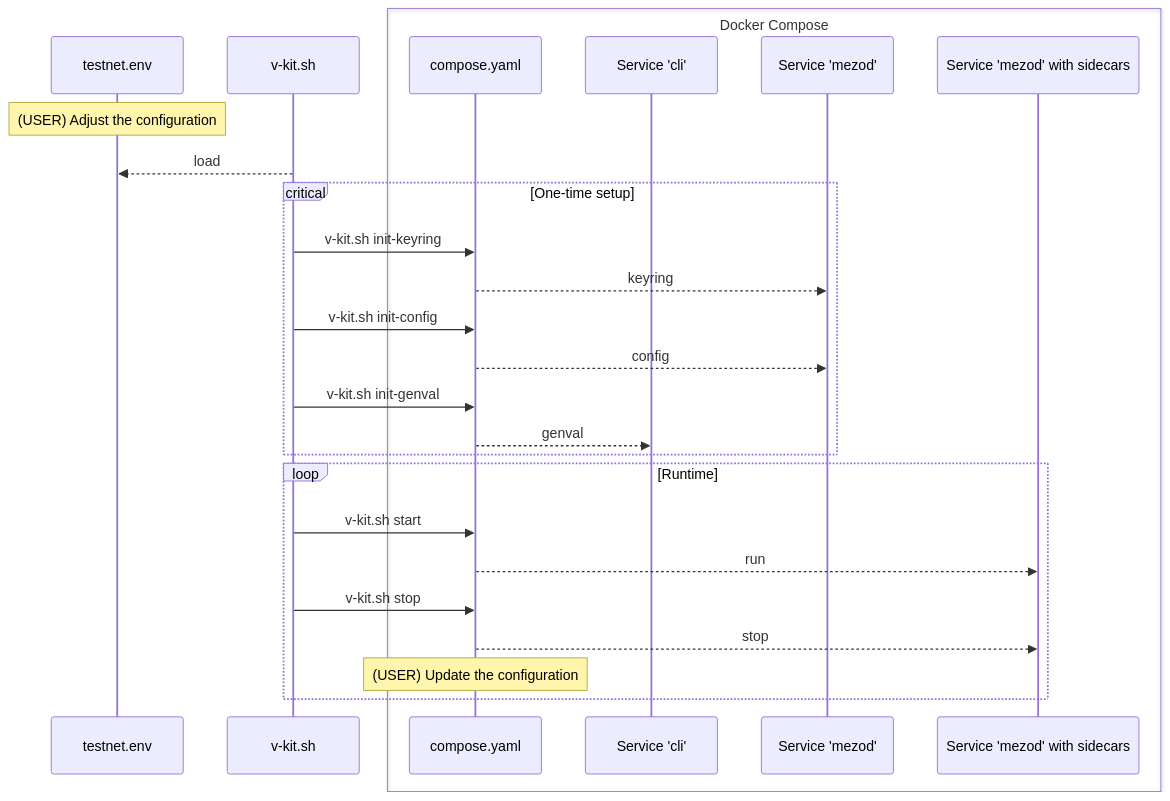
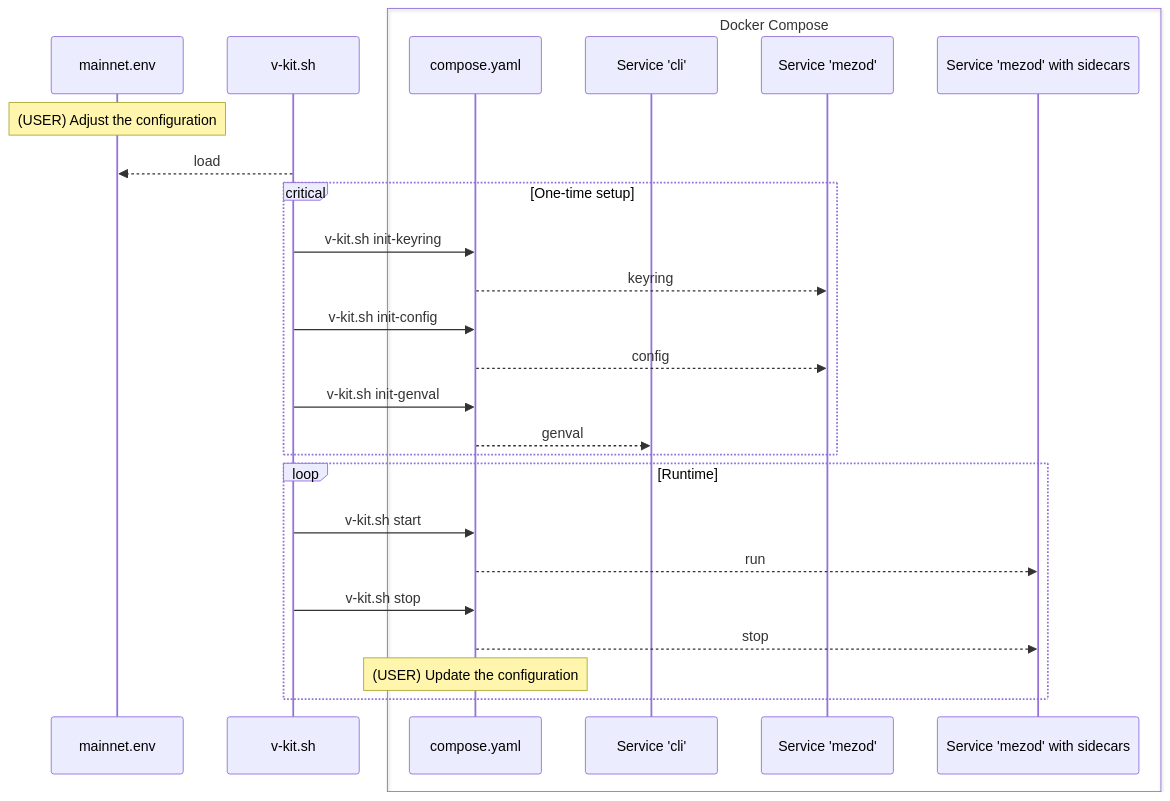
Before and after one commit to mezo-org/validator-kit: the diagram in docker/README.md, drawn with Mermaid. The commit also changed other lines of this file and 1 other file, not shown here.

First line of the commit message:
Make Docker component mainnet-default

````diff
--- a/docker/README.md
+++ b/docker/README.md
@@ -18,31 +21,31 @@
 ```mermaid
 sequenceDiagram
-  participant testnet.env
+  participant mainnet.env
   participant v-kit.sh
   box Docker Compose
     participant compose.yaml
     participant cli as Service 'cli'
     participant mezod as Service 'mezod'
     participant mezod-and-sidecars as Service 'mezod' with sidecars
   end
 
-  Note over testnet.env: (USER) Adjust the configuration
-  v-kit.sh -->> testnet.env: load
+  Note over mainnet.env: (USER) Adjust the configuration
+  v-kit.sh -->> mainnet.env: load
 
   critical One-time setup
     v-kit.sh ->> compose.yaml: v-kit.sh init-keyring
     compose.yaml -->> mezod: keyring
     v-kit.sh ->> compose.yaml: v-kit.sh init-config
     compose.yaml -->> mezod: config
     v-kit.sh ->> compose.yaml: v-kit.sh init-genval
     compose.yaml -->> cli: genval
   end
 
   loop Runtime
     v-kit.sh ->> compose.yaml: v-kit.sh start
     compose.yaml -->> mezod-and-sidecars: run
     v-kit.sh ->> compose.yaml: v-kit.sh stop
     compose.yaml -->> mezod-and-sidecars: stop
     Note over compose.yaml: (USER) Update the configuration
   end
 ```
````
